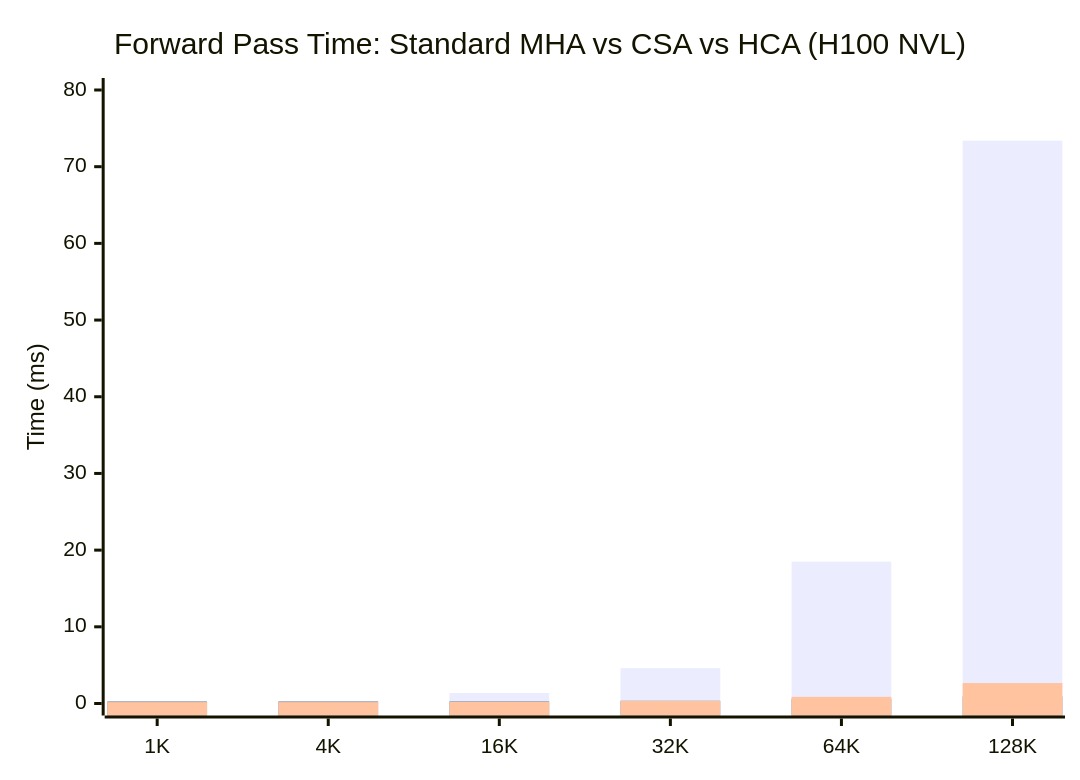
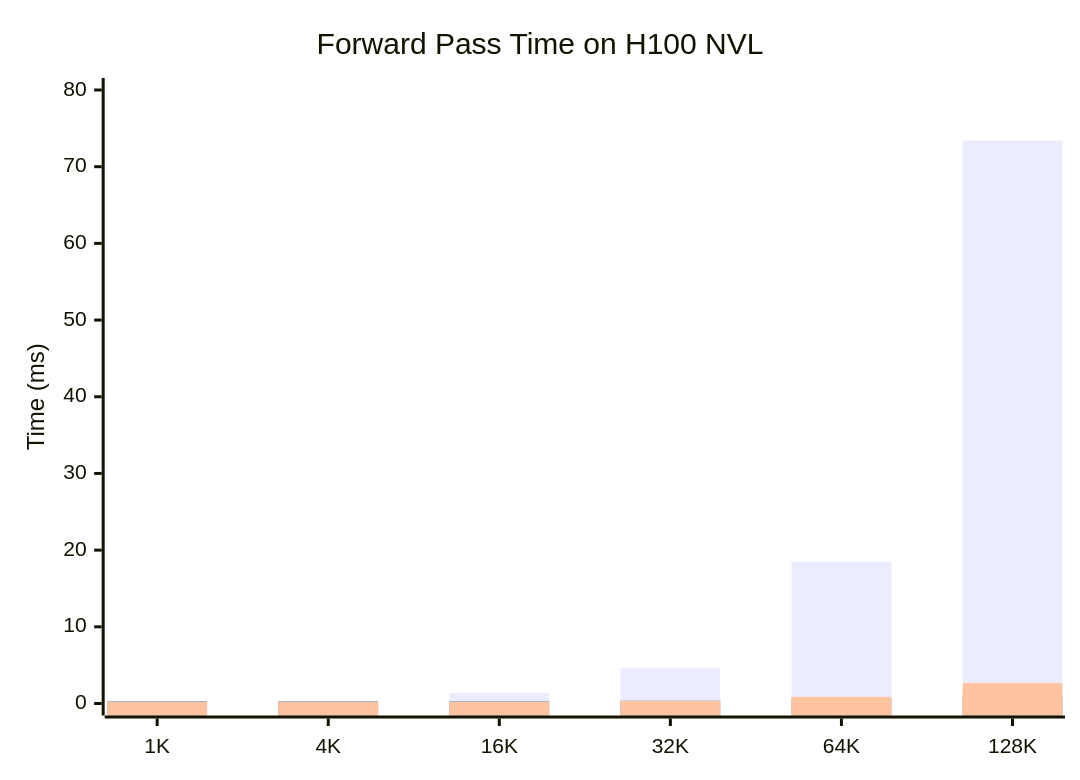
Before and after one commit to david-xinyuwei/david-share: the diagram in DL-Algorithm-Insights/Long-Context-Efficient-Attention/README-CN.md, drawn with Mermaid. The commit also changed other lines of this file and 7 other files, not shown here.

First line of the commit message:
L0-L6 deep dive rewrite: CSA/HCA at KV-Cache-Deep-Dive standard

````diff
--- a/DL-Algorithm-Insights/Long-Context-Efficient-Attention/README-CN.md
+++ b/DL-Algorithm-Insights/Long-Context-Efficient-Attention/README-CN.md
@@ -203,9 +335,9 @@
 ```mermaid
 xychart-beta
-    title "Forward Pass Time: Standard MHA vs CSA vs HCA (H100 NVL)"
+    title "Forward Pass Time on H100 NVL"
     x-axis ["1K", "4K", "16K", "32K", "64K", "128K"]
     y-axis "Time (ms)" 0 --> 80
     bar "Standard MHA" [0.12, 0.22, 1.37, 4.61, 18.5, 73.4]
     bar "CSA (m=4)" [0.28, 0.28, 0.28, 0.36, 0.58, 0.93]
     bar "HCA (m=64)" [0.18, 0.18, 0.20, 0.34, 0.87, 2.67]
 ```
````
